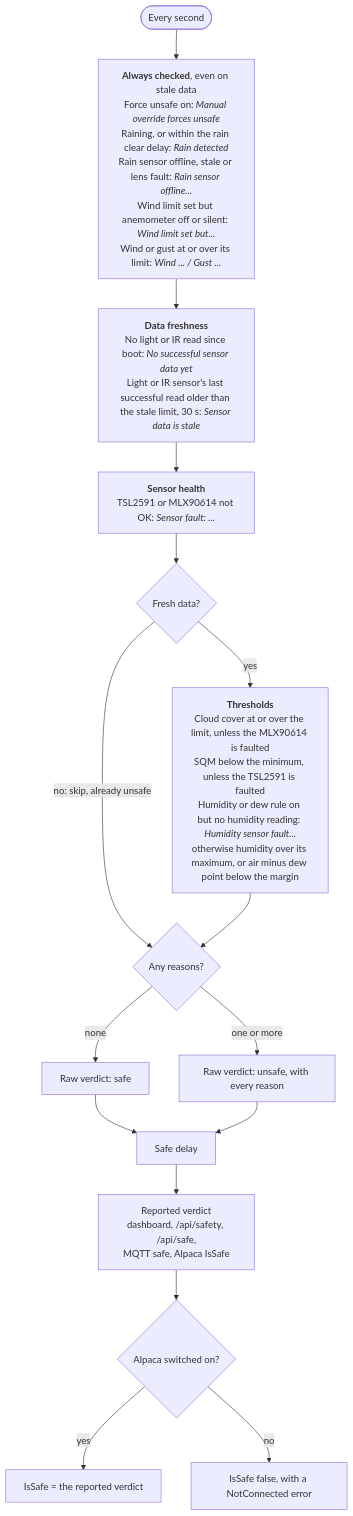
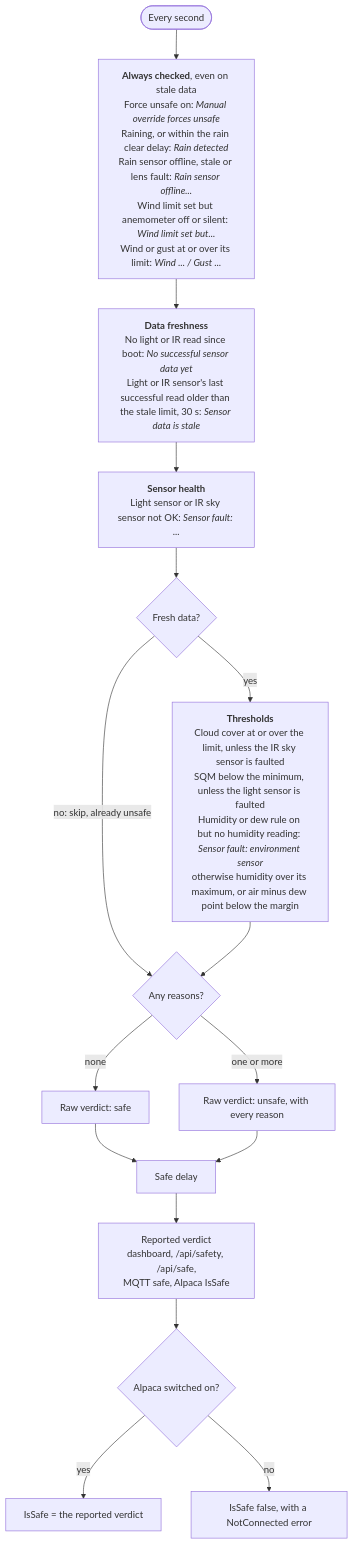
One commit to DeanJ87/SQMeter changed the second of 3 diagrams in docs/user-guide/alpaca.md. Above: the diagram before and after it, drawn with Mermaid. The commit also changed other lines of this file and 74 other files, not shown here.

````diff
--- a/docs/user-guide/alpaca.md
+++ b/docs/user-guide/alpaca.md
@@ -130,21 +130,21 @@
 ```mermaid
 flowchart TB
     accTitle: How the safety verdict is decided
     accDescr: Every second all enabled rules are checked and each failing rule adds a reason. Rain and wind are always checked, then data freshness and sensor health; the threshold rules only run on fresh data. Any reason makes the raw verdict unsafe, which then passes through the safe delay.
     START(["Every second"]) --> ALWAYS
     ALWAYS["<b>Always checked</b>, even on stale data<br/>Force unsafe on: <i>Manual override forces unsafe</i><br/>Raining, or within the rain clear delay: <i>Rain detected</i><br/>Rain sensor offline, stale or lens fault: <i>Rain sensor offline...</i><br/>Wind limit set but anemometer off or silent: <i>Wind limit set but...</i><br/>Wind or gust at or over its limit: <i>Wind ... / Gust ...</i>"]
     ALWAYS --> FRESHNESS["<b>Data freshness</b><br/>No light or IR read since boot: <i>No successful sensor data yet</i><br/>Light or IR sensor's last successful read older than the stale limit, 30 s: <i>Sensor data is stale</i>"]
-    FRESHNESS --> HEALTH["<b>Sensor health</b><br/>TSL2591 or MLX90614 not OK: <i>Sensor fault: ...</i>"]
+    FRESHNESS --> HEALTH["<b>Sensor health</b><br/>Light sensor or IR sky sensor not OK: <i>Sensor fault: ...</i>"]
     HEALTH --> FRESH{"Fresh data?"}
-    FRESH -->|yes| THRESHOLDS["<b>Thresholds</b><br/>Cloud cover at or over the limit, unless the MLX90614 is faulted<br/>SQM below the minimum, unless the TSL2591 is faulted<br/>Humidity or dew rule on but no humidity reading: <i>Humidity sensor fault...</i><br/>otherwise humidity over its maximum, or air minus dew point below the margin"]
+    FRESH -->|yes| THRESHOLDS["<b>Thresholds</b><br/>Cloud cover at or over the limit, unless the IR sky sensor is faulted<br/>SQM below the minimum, unless the light sensor is faulted<br/>Humidity or dew rule on but no humidity reading: <i>Sensor fault: environment sensor</i><br/>otherwise humidity over its maximum, or air minus dew point below the margin"]
     FRESH -->|"no: skip, already unsafe"| ANY
     THRESHOLDS --> ANY{"Any reasons?"}
     ANY -->|none| RAWSAFE["Raw verdict: safe"]
     ANY -->|one or more| RAWUNSAFE["Raw verdict: unsafe, with every reason"]
     RAWSAFE --> DELAY["Safe delay"]
     RAWUNSAFE --> DELAY
     DELAY --> REPORTED["Reported verdict<br/>dashboard, /api/safety, /api/safe,<br/>MQTT safe, Alpaca IsSafe"]
     REPORTED --> ALPACA{"Alpaca switched on?"}
     ALPACA -->|yes| ISSAFE["IsSafe = the reported verdict"]
     ALPACA -->|no| NOTCONNECTED["IsSafe false, with a NotConnected error"]
 ```
````
